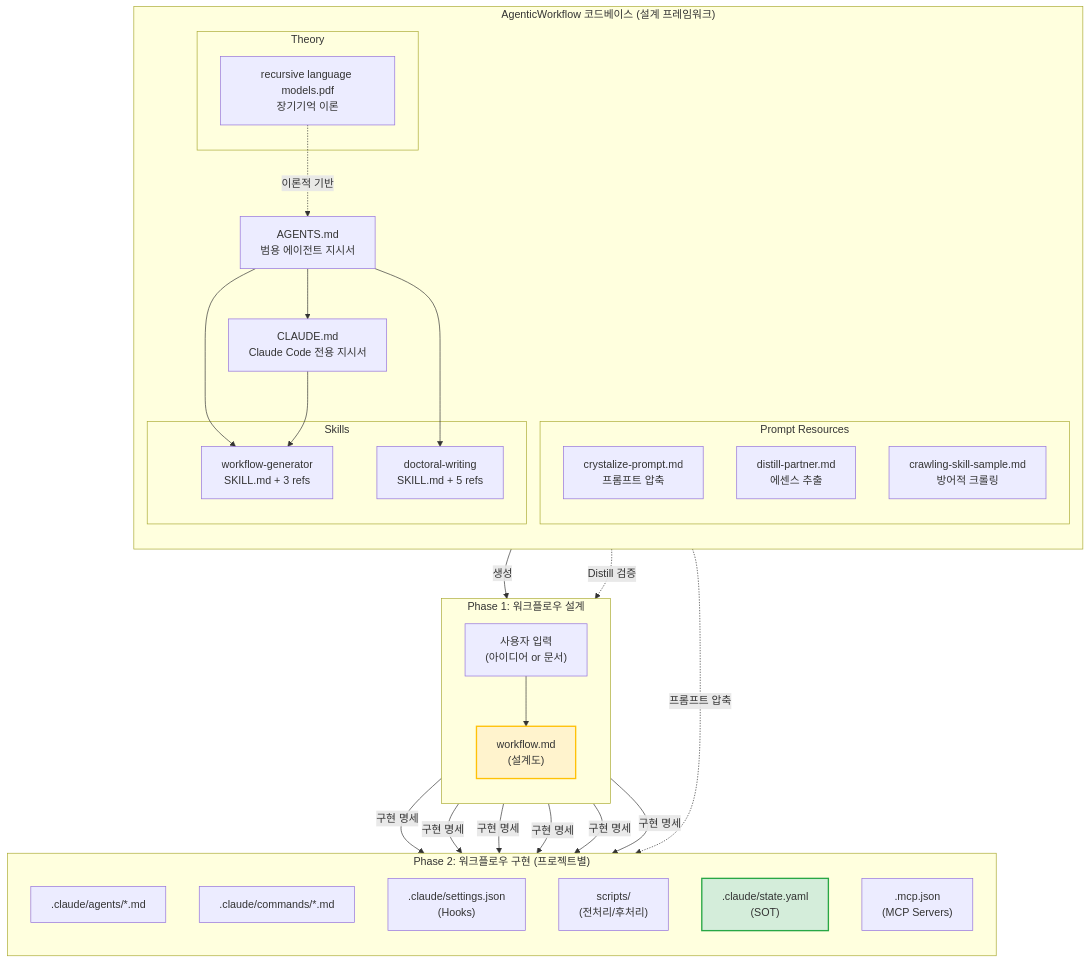
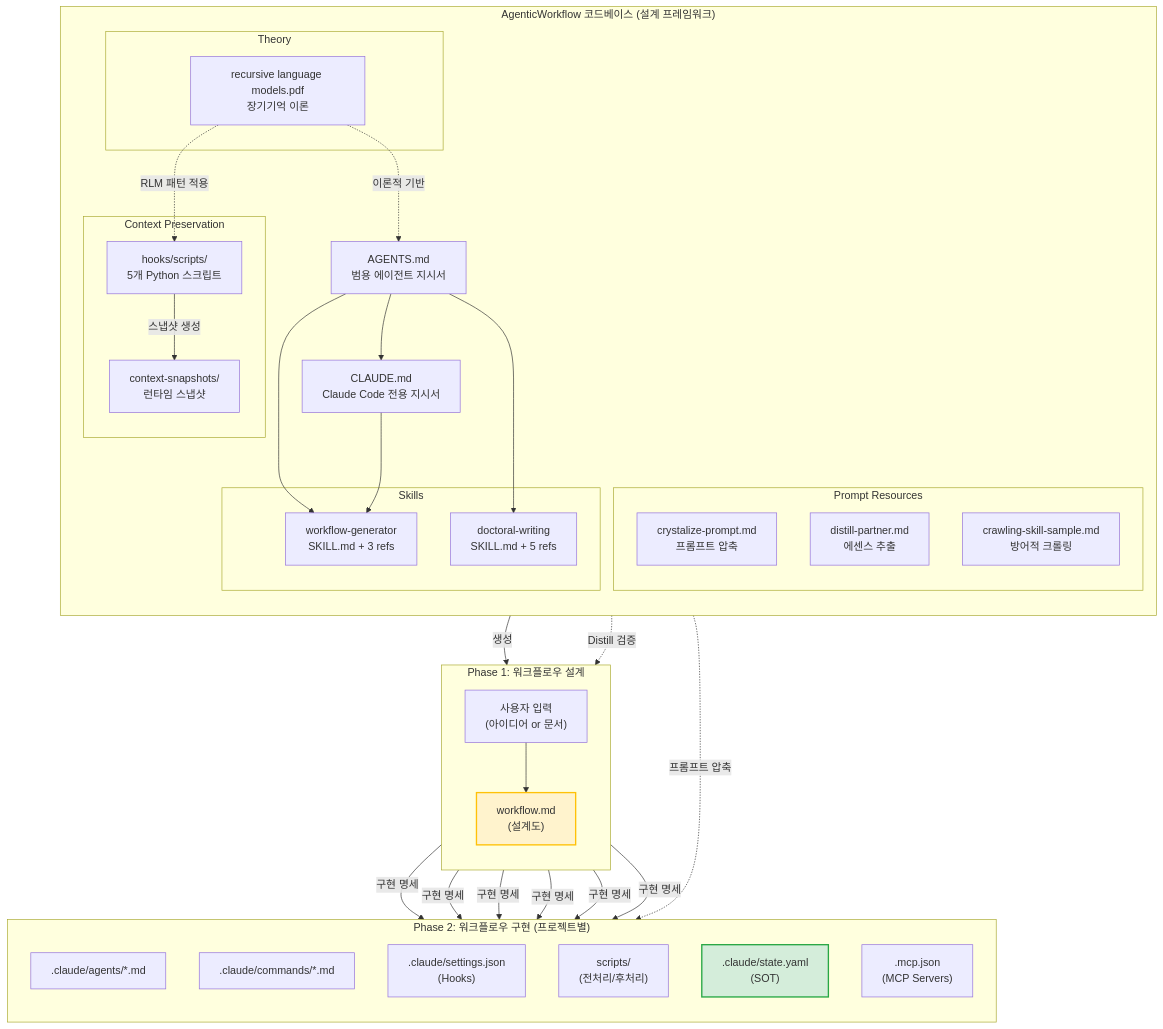
Before and after one commit to oogisoogi/AgenticWorkflow: the second of 11 diagrams in AGENTICWORKFLOW-ARCHITECTURE-AND-PHILOSOPHY.md, drawn with Mermaid. The commit also changed other lines of this file and 10 other files, not shown here.

First line of the commit message:
feat: Add Context Preservation Hook System

````diff
--- a/AGENTICWORKFLOW-ARCHITECTURE-AND-PHILOSOPHY.md
+++ b/AGENTICWORKFLOW-ARCHITECTURE-AND-PHILOSOPHY.md
@@ -155,59 +155,66 @@
 ```mermaid
 graph TB
     subgraph "AgenticWorkflow 코드베이스 (설계 프레임워크)"
         direction TB
         CLAUDE["CLAUDE.md<br/>Claude Code 전용 지시서"]
         AGENTS["AGENTS.md<br/>범용 에이전트 지시서"]
 
         subgraph "Skills"
             WG["workflow-generator<br/>SKILL.md + 3 refs"]
             DW["doctoral-writing<br/>SKILL.md + 5 refs"]
+        end
+
+        subgraph "Context Preservation"
+            CPS["hooks/scripts/<br/>5개 Python 스크립트"]
+            CSS["context-snapshots/<br/>런타임 스냅샷"]
         end
 
         subgraph "Prompt Resources"
             CP["crystalize-prompt.md<br/>프롬프트 압축"]
             DP["distill-partner.md<br/>에센스 추출"]
             CS["crawling-skill-sample.md<br/>방어적 크롤링"]
         end
 
         subgraph "Theory"
             RLM["recursive language models.pdf<br/>장기기억 이론"]
         end
 
         AGENTS --> CLAUDE
         AGENTS --> WG
         AGENTS --> DW
         CLAUDE --> WG
         RLM -.->|"이론적 기반"| AGENTS
+        RLM -.->|"RLM 패턴 적용"| CPS
+        CPS -->|"스냅샷 생성"| CSS
     end
 
     subgraph "Phase 1: 워크플로우 설계"
         direction TB
         USER_INPUT["사용자 입력<br/>(아이디어 or 문서)"]
         WF["workflow.md<br/>(설계도)"]
         USER_INPUT --> WF
     end
 
     subgraph "Phase 2: 워크플로우 구현 (프로젝트별)"
         direction TB
         AG[".claude/agents/*.md"]
         CMD[".claude/commands/*.md"]
         HK[".claude/settings.json<br/>(Hooks)"]
         SC["scripts/<br/>(전처리/후처리)"]
         SOT[".claude/state.yaml<br/>(SOT)"]
         MCP[".mcp.json<br/>(MCP Servers)"]
     end
 
     WG -->|"생성"| WF
     DP -.->|"Distill 검증"| WF
     CP -.->|"프롬프트 압축"| AG
     WF -->|"구현 명세"| AG
     WF -->|"구현 명세"| CMD
     WF -->|"구현 명세"| HK
     WF -->|"구현 명세"| SC
     WF -->|"구현 명세"| SOT
     WF -->|"구현 명세"| MCP
 
     style WF fill:#fff3cd,stroke:#ffc107,stroke-width:2px
     style SOT fill:#d4edda,stroke:#28a745,stroke-width:2px
 ```
````
